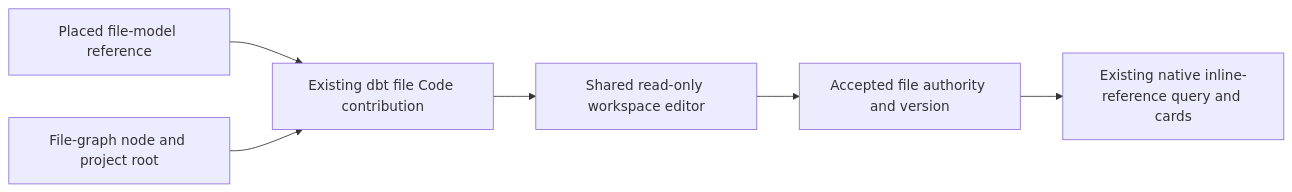
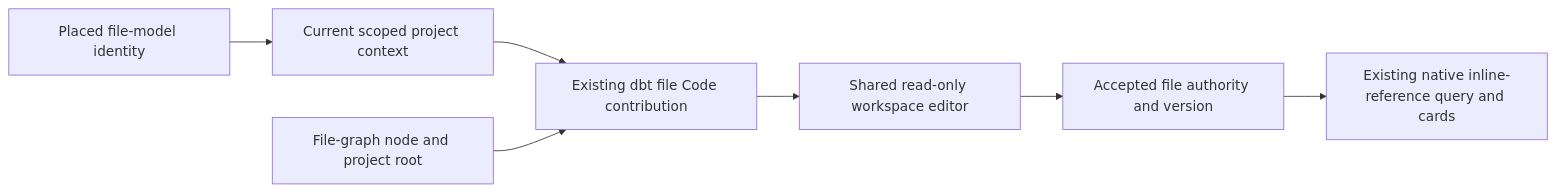
The first of 6 diagrams in docs/architecture/components/web/code-workbench-workspace-files-component.md (dunay2/dvt), drawn with Mermaid before and after one commit. The commit also changed other lines of this file and 12 other files, not shown here.

Commit message:
fix(web): Resolve model Code from current file authority

````diff
--- a/docs/architecture/components/web/code-workbench-workspace-files-component.md
+++ b/docs/architecture/components/web/code-workbench-workspace-files-component.md
@@ -23,8 +30,9 @@
 ```mermaid
 flowchart LR
-  Reference[Placed file-model reference] --> Adapter[Existing dbt file Code contribution]
+  Reference[Placed file-model identity] --> Project[Current scoped project context]
+  Project --> Adapter[Existing dbt file Code contribution]
   FileGraph[File-graph node and project root] --> Adapter
   Adapter --> Editor[Shared read-only workspace editor]
   Editor --> Context[Accepted file authority and version]
   Context --> Cards[Existing native inline-reference query and cards]
 ```
````
